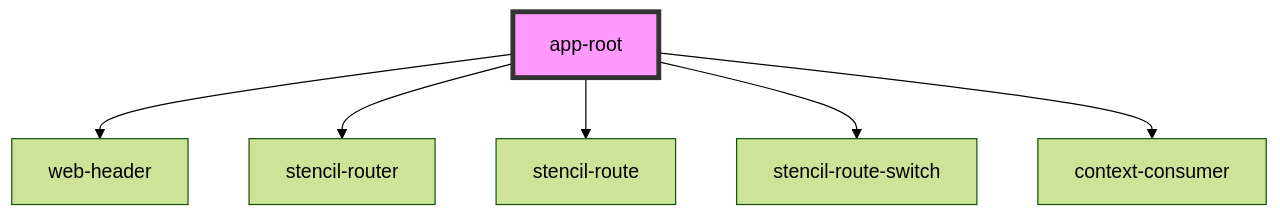
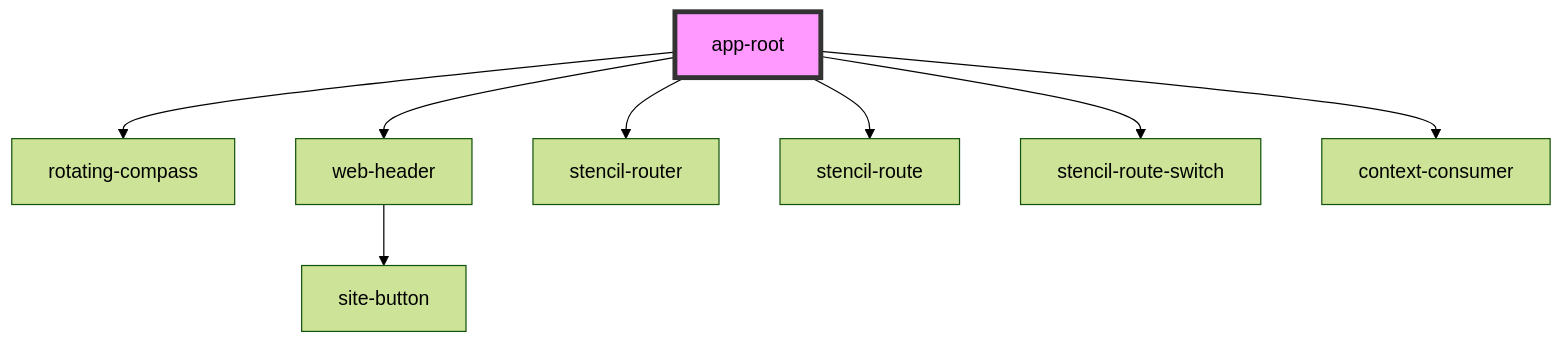
The diagram in MyMonty-eu-en-v2/mymonty/src/components/app-root/readme.md (gk-git/redirect), drawn with Mermaid (forest theme) before and after one commit. The commit also changed other lines of this file and 7 other files, not shown here.

````diff
--- a/MyMonty-eu-en-v2/mymonty/src/components/app-root/readme.md
+++ b/MyMonty-eu-en-v2/mymonty/src/components/app-root/readme.md
@@ -19,9 +20,11 @@
 ```mermaid
 graph TD;
+  app-root --> rotating-compass
   app-root --> web-header
   app-root --> stencil-router
   app-root --> stencil-route
   app-root --> stencil-route-switch
   app-root --> context-consumer
+  web-header --> site-button
   style app-root fill:#f9f,stroke:#333,stroke-width:4px
 ```
````
